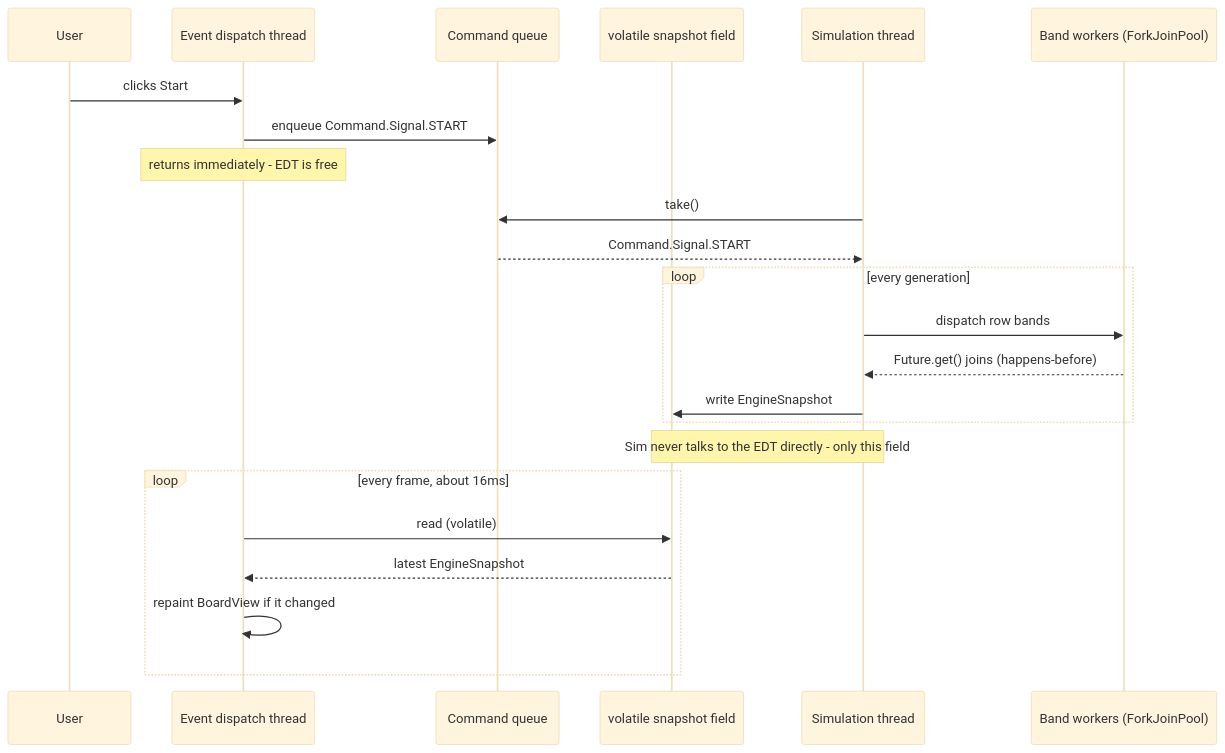
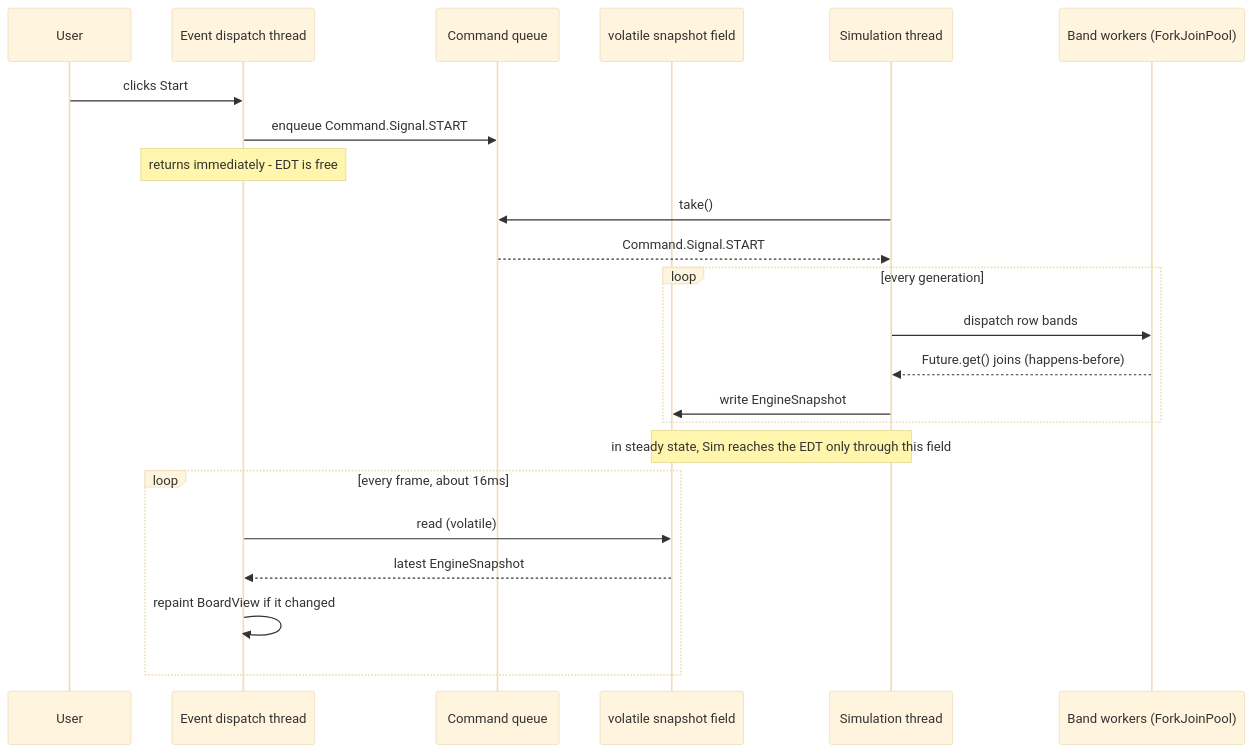
One commit to ymoroz89/conway-game-of-life-gui changed the second of 2 diagrams in README.md. Above: the diagram before and after it, drawn with Mermaid (base theme). The commit also changed other lines of this file and 2 other files, not shown here.

````diff
--- a/README.md
+++ b/README.md
@@ -298,29 +308,29 @@
 ```mermaid
 sequenceDiagram
     participant User
     participant EDT as Event dispatch thread
     participant Queue as Command queue
     participant Snap as volatile snapshot field
     participant Sim as Simulation thread
     participant Workers as Band workers (ForkJoinPool)
 
     User->>EDT: clicks Start
     EDT->>Queue: enqueue Command.Signal.START
     Note over EDT: returns immediately - EDT is free
     Sim->>Queue: take()
     Queue-->>Sim: Command.Signal.START
 
     loop every generation
         Sim->>Workers: dispatch row bands
         Workers-->>Sim: Future.get() joins (happens-before)
         Sim->>Snap: write EngineSnapshot
     end
 
-    Note over Snap,Sim: Sim never talks to the EDT directly - only this field
+    Note over Snap,Sim: in steady state, Sim reaches the EDT only through this field
 
     loop every frame, about 16ms
         EDT->>Snap: read (volatile)
         Snap-->>EDT: latest EngineSnapshot
         EDT->>EDT: repaint BoardView if it changed
     end
 ```
````
